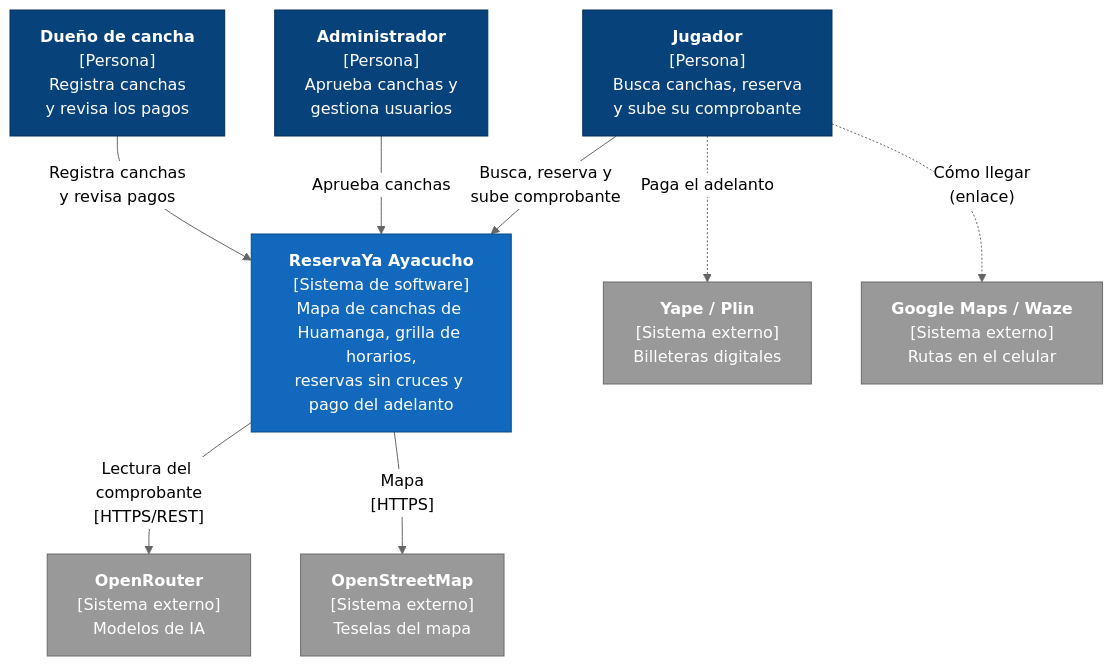
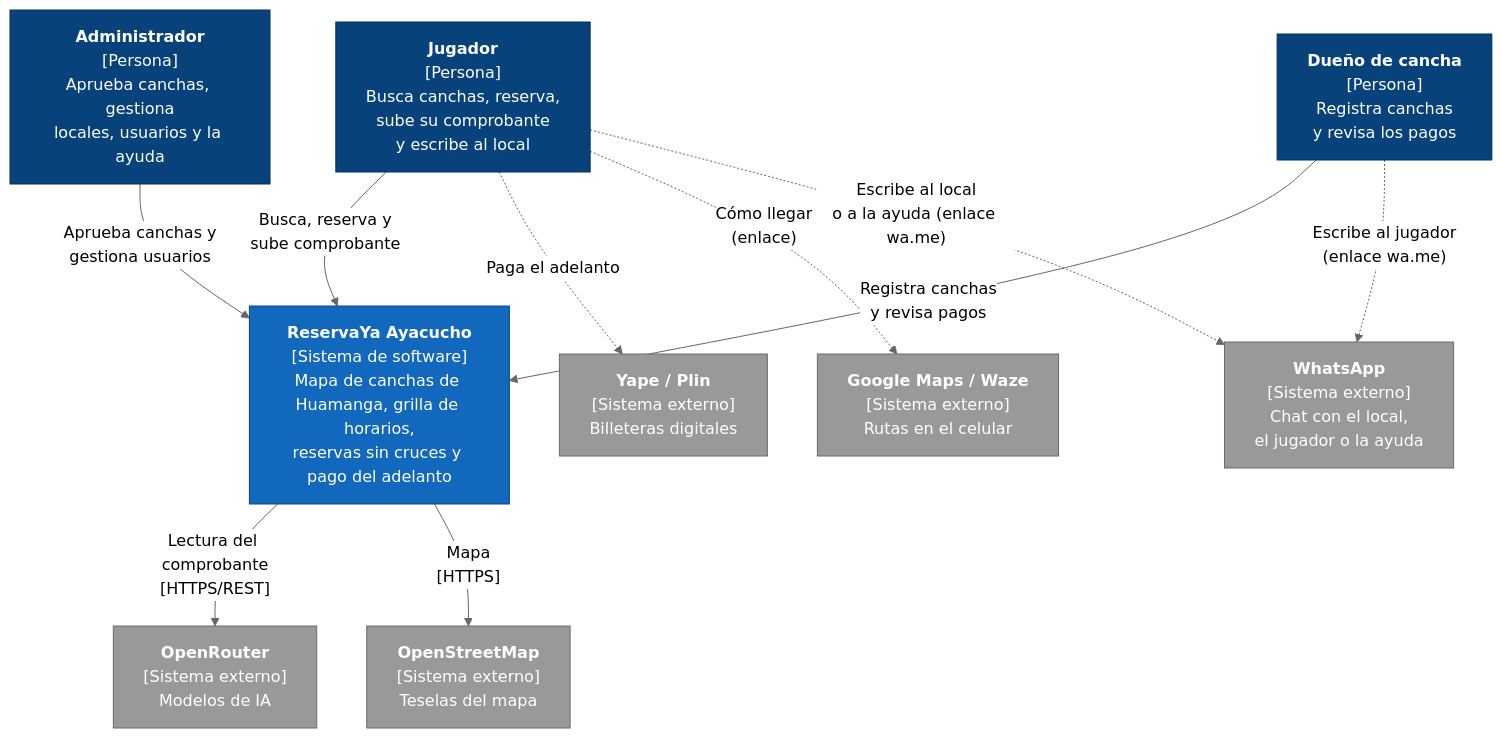
One commit to edhtsprado27-bit/ReservaYa-Ayacucho changed the diagram in img/fuentes-svg/nivel1-contexto.mmd. Above: the diagram before and after it, drawn with Mermaid (neutral theme). The commit also changed 24 other files, not shown here.

Commit message:
docs: actualizar análisis, arquitectura y C4 con WhatsApp, servicios y usuarios

```diff
--- a/img/fuentes-svg/nivel1-contexto.mmd
+++ b/img/fuentes-svg/nivel1-contexto.mmd
@@ -1,26 +1,29 @@
 flowchart TB
-    jugador["<b>Jugador</b><br/>[Persona]<br/>Busca canchas, reserva<br/>y sube su comprobante"]
+    jugador["<b>Jugador</b><br/>[Persona]<br/>Busca canchas, reserva,<br/>sube su comprobante<br/>y escribe al local"]
     dueno["<b>Dueño de cancha</b><br/>[Persona]<br/>Registra canchas<br/>y revisa los pagos"]
-    admin["<b>Administrador</b><br/>[Persona]<br/>Aprueba canchas y<br/>gestiona usuarios"]
+    admin["<b>Administrador</b><br/>[Persona]<br/>Aprueba canchas, gestiona<br/>locales, usuarios y la ayuda"]
 
     sistema["<b>ReservaYa Ayacucho</b><br/>[Sistema de software]<br/>Mapa de canchas de Huamanga, grilla de horarios,<br/>reservas sin cruces y pago del adelanto"]
 
     yape["<b>Yape / Plin</b><br/>[Sistema externo]<br/>Billeteras digitales"]
     openrouter["<b>OpenRouter</b><br/>[Sistema externo]<br/>Modelos de IA"]
     osm["<b>OpenStreetMap</b><br/>[Sistema externo]<br/>Teselas del mapa"]
     rutas["<b>Google Maps / Waze</b><br/>[Sistema externo]<br/>Rutas en el celular"]
+    whatsapp["<b>WhatsApp</b><br/>[Sistema externo]<br/>Chat con el local,<br/>el jugador o la ayuda"]
 
     jugador -- "Busca, reserva y<br/>sube comprobante" --> sistema
     dueno -- "Registra canchas<br/>y revisa pagos" --> sistema
-    admin -- "Aprueba canchas" --> sistema
+    admin -- "Aprueba canchas y<br/>gestiona usuarios" --> sistema
     jugador -. "Paga el adelanto" .-> yape
     sistema -- "Lectura del comprobante<br/>[HTTPS/REST]" --> openrouter
     sistema -- "Mapa<br/>[HTTPS]" --> osm
     jugador -. "Cómo llegar<br/>(enlace)" .-> rutas
+    jugador -. "Escribe al local<br/>o a la ayuda (enlace wa.me)" .-> whatsapp
+    dueno -. "Escribe al jugador<br/>(enlace wa.me)" .-> whatsapp
 
     classDef persona fill:#08427b,stroke:#052e56,color:#fff
     classDef interno fill:#1168bd,stroke:#0b4884,color:#fff
     classDef externo fill:#999999,stroke:#6b6b6b,color:#fff
     class jugador,dueno,admin persona
     class sistema interno
-    class yape,openrouter,osm,rutas externo
+    class yape,openrouter,osm,rutas,whatsapp externo
```
